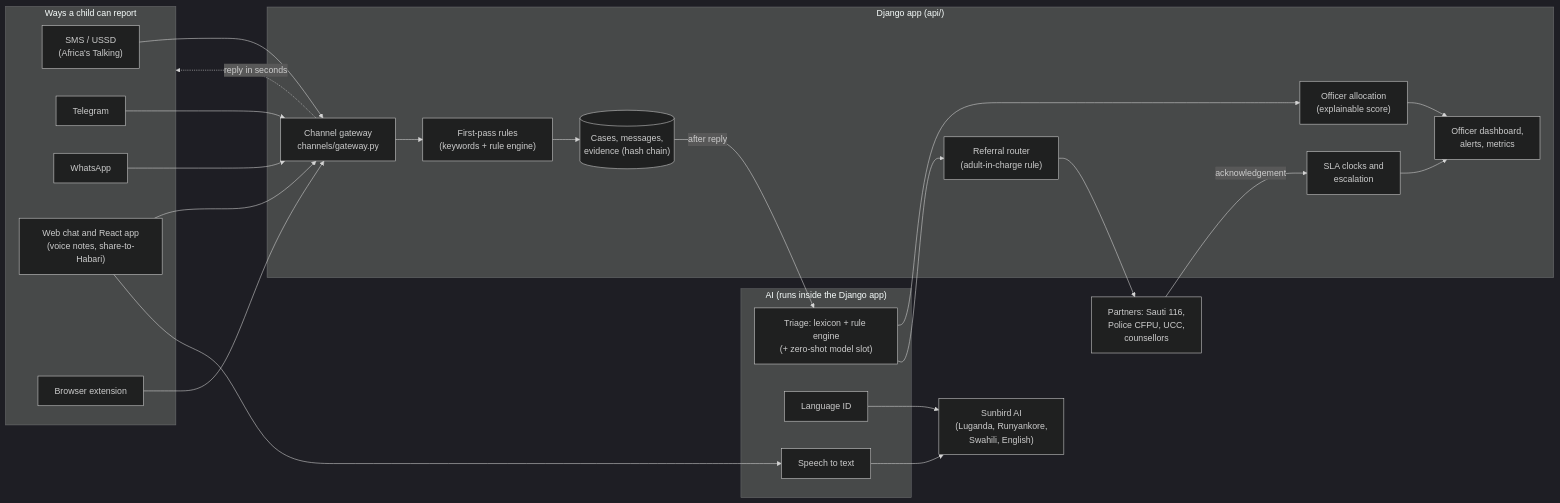
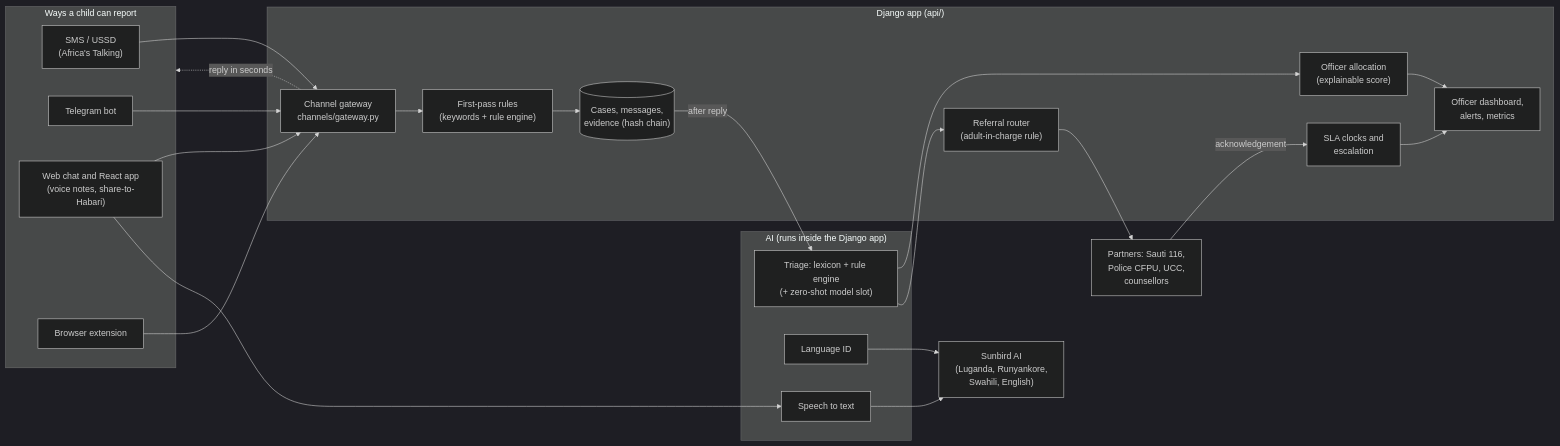
Before and after one commit to Nowellah/Habari: the diagram in docs/ARCHITECTURE.md, drawn with Mermaid (dark theme). The commit also changed other lines of this file and 2 other files, not shown here.

Commit message:
docs: present SMS, USSD and the Telegram bot as the channels, not WhatsApp
WhatsApp is no longer one of the channels the team presents. README,
architecture diagram and demo script now list SMS, USSD, the Telegram
bot, web chat, voice notes and the browser button. The WhatsApp adapter
code is unchanged and still noted in the components table.

````diff
--- a/docs/ARCHITECTURE.md
+++ b/docs/ARCHITECTURE.md
@@ -7,40 +7,39 @@
 ```mermaid
 flowchart LR
   subgraph Doors["Ways a child can report"]
     SMS["SMS / USSD<br/>(Africa's Talking)"]
-    TG["Telegram"]
-    WA["WhatsApp"]
+    TG["Telegram bot"]
     WEB["Web chat and React app<br/>(voice notes, share-to-Habari)"]
     EXT["Browser extension"]
   end
 
   subgraph Django["Django app (api/)"]
     GW["Channel gateway<br/>channels/gateway.py"]
     RULES["First-pass rules<br/>(keywords + rule engine)"]
     CASE[("Cases, messages,<br/>evidence (hash chain)")]
     ALLOC["Officer allocation<br/>(explainable score)"]
     ROUTER["Referral router<br/>(adult-in-charge rule)"]
     SLA["SLA clocks and<br/>escalation"]
     DASH["Officer dashboard,<br/>alerts, metrics"]
   end
 
   subgraph AI["AI (runs inside the Django app)"]
     TRIAGE["Triage: lexicon + rule engine<br/>(+ zero-shot model slot)"]
     LANG["Language ID"]
     STT["Speech to text"]
   end
 
   SUN["Sunbird AI<br/>(Luganda, Runyankore,<br/>Swahili, English)"]
   PART["Partners: Sauti 116,<br/>Police CFPU, UCC,<br/>counsellors"]
 
-  SMS & TG & WA & WEB & EXT --> GW
+  SMS & TG & WEB & EXT --> GW
   GW --> RULES --> CASE
   GW -. reply in seconds .-> Doors
   CASE -- after reply --> TRIAGE
   TRIAGE --> ALLOC --> DASH
   TRIAGE --> ROUTER --> PART
   PART -- acknowledgement --> SLA
   SLA --> DASH
   LANG & STT --> SUN
   WEB --> STT
 ```
````
